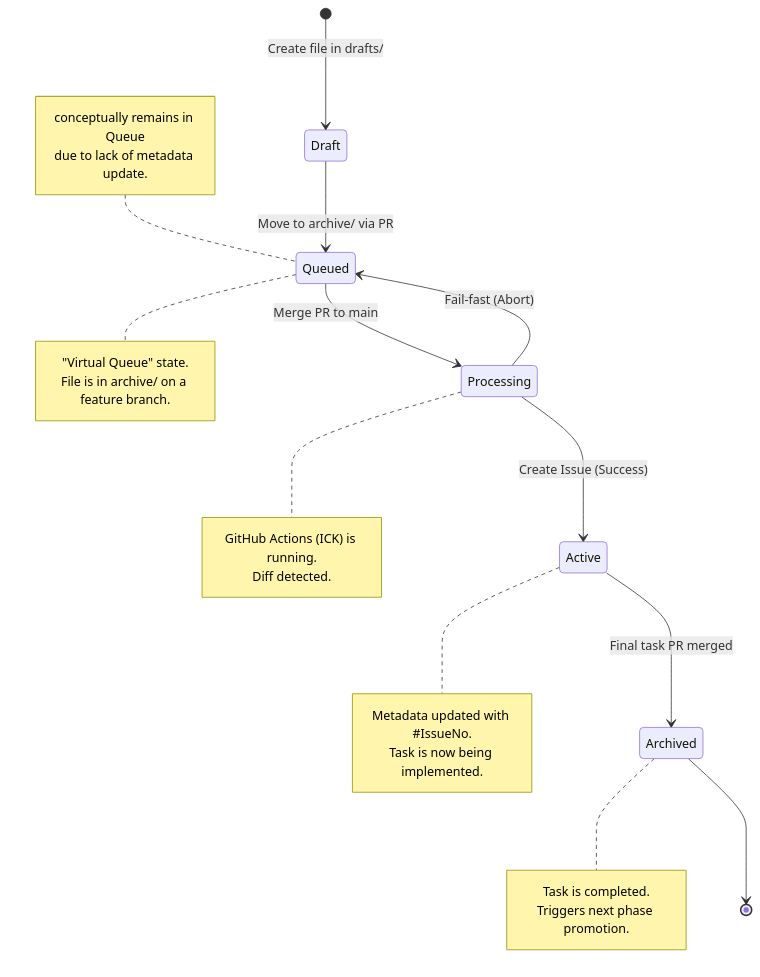
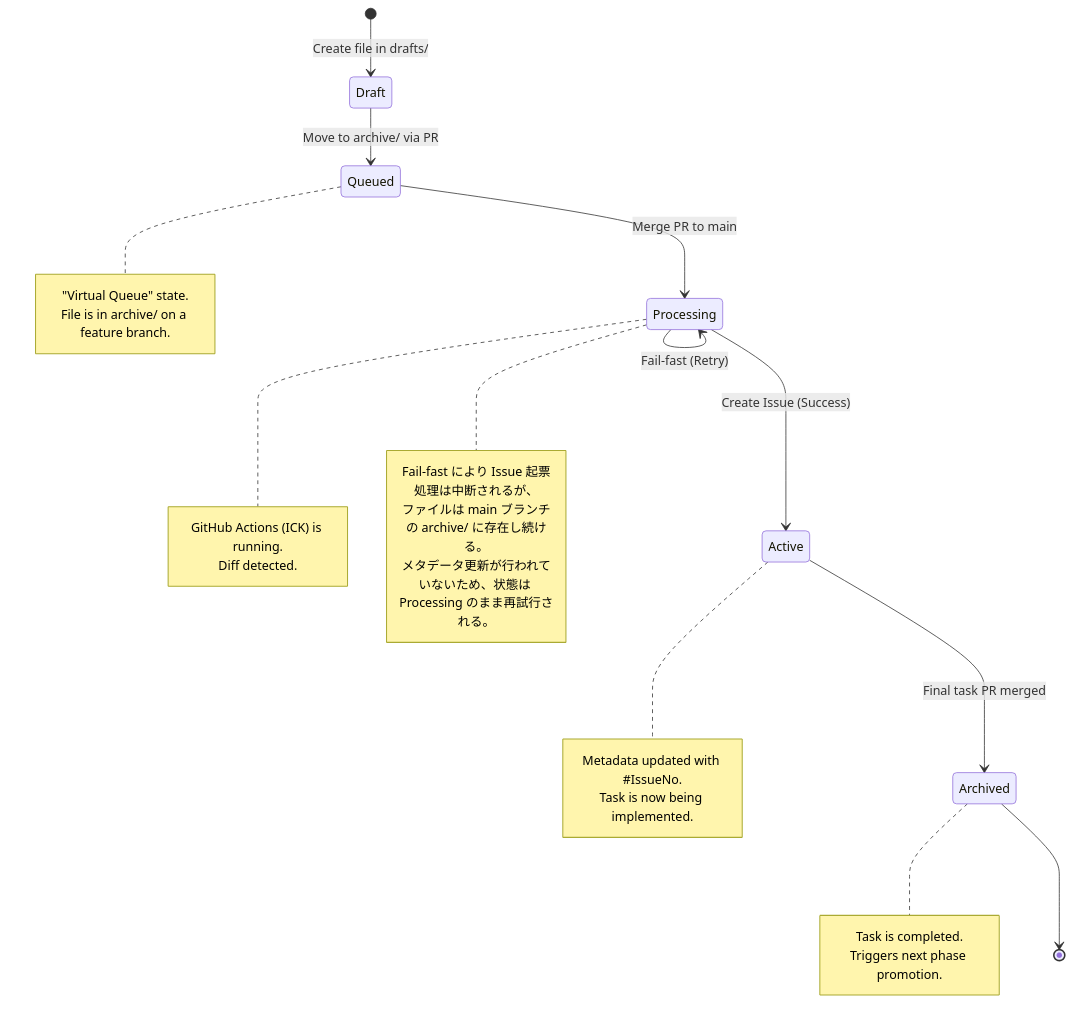
The diagram in docs/architecture/arch-state-003-task-lifecycle.md (masa-codehub/issue_creator_kit), drawn with Mermaid before and after one commit. The commit also changed other lines of this file, not shown here.

Commit message:
docs(arch): レビュー指摘に基づきタスクライフサイクルの状態定義を修正

````diff
--- a/docs/architecture/arch-state-003-task-lifecycle.md
+++ b/docs/architecture/arch-state-003-task-lifecycle.md
@@ -10,36 +10,37 @@
 ```mermaid
 stateDiagram-v2
     [*] --> Draft : Create file in drafts/
     
     Draft --> Queued : Move to archive/ via PR
     note right of Queued
         "Virtual Queue" state.
         File is in archive/ on a feature branch.
     end note
 
     Queued --> Processing : Merge PR to main
     note right of Processing
         GitHub Actions (ICK) is running.
         Diff detected.
     end note
 
     Processing --> Active : Create Issue (Success)
     note right of Active
         Metadata updated with #IssueNo.
         Task is now being implemented.
     end note
 
-    Processing --> Queued : Fail-fast (Abort)
-    note left of Queued
-        conceptually remains in Queue
-        due to lack of metadata update.
+    Processing --> Processing : Fail-fast (Retry)
+    note right of Processing
+        Fail-fast により Issue 起票処理は中断されるが、
+        ファイルは main ブランチの archive/ に存在し続ける。
+        メタデータ更新が行われていないため、状態は Processing のまま再試行される。
     end note
 
     Active --> Archived : Final task PR merged
     note right of Archived
         Task is completed.
         Triggers next phase promotion.
     end note
 
     Archived --> [*]
 ```
````
